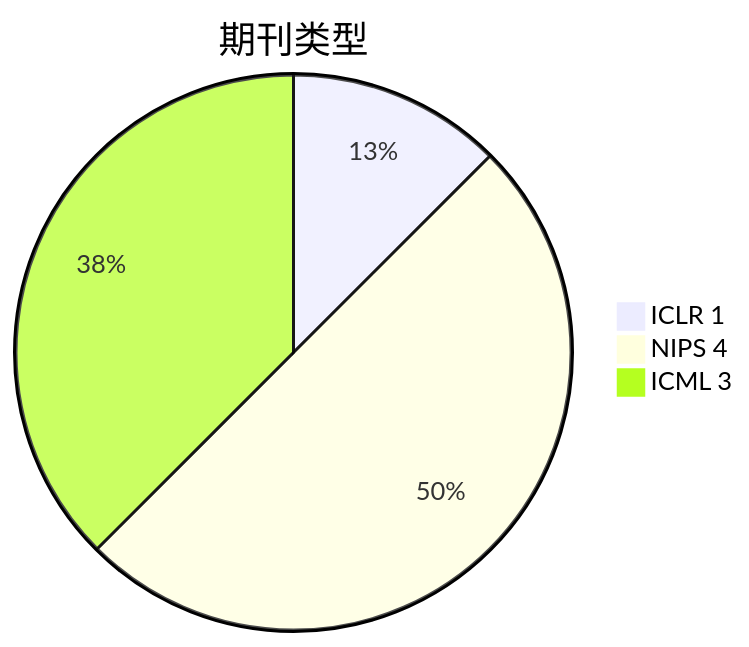
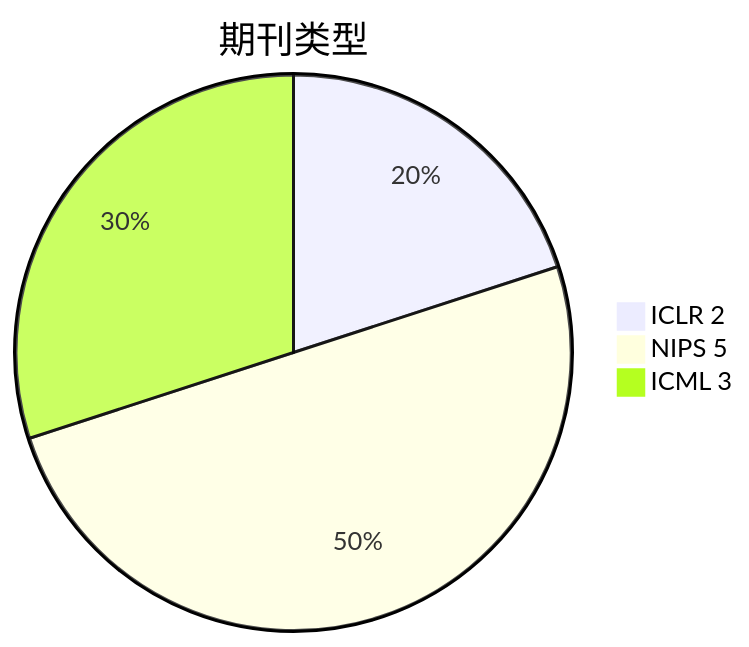
One commit to Elephant-King9/Paper changed the second of 4 diagrams in Base_Model/GAN+VAE+Diffusion/analyse.md. Above: the diagram before and after it, drawn with Mermaid. The commit also changed other lines of this file and 5 other files, not shown here.

````diff
--- a/Base_Model/GAN+VAE+Diffusion/analyse.md
+++ b/Base_Model/GAN+VAE+Diffusion/analyse.md
@@ -33,6 +37,6 @@
 ```mermaid
 pie title 期刊类型
-    "ICLR 1" : 1
-    "NIPS 4" : 4
+    "ICLR 2" : 2
+    "NIPS 5" : 5
     "ICML 3" : 3
 ```
````
